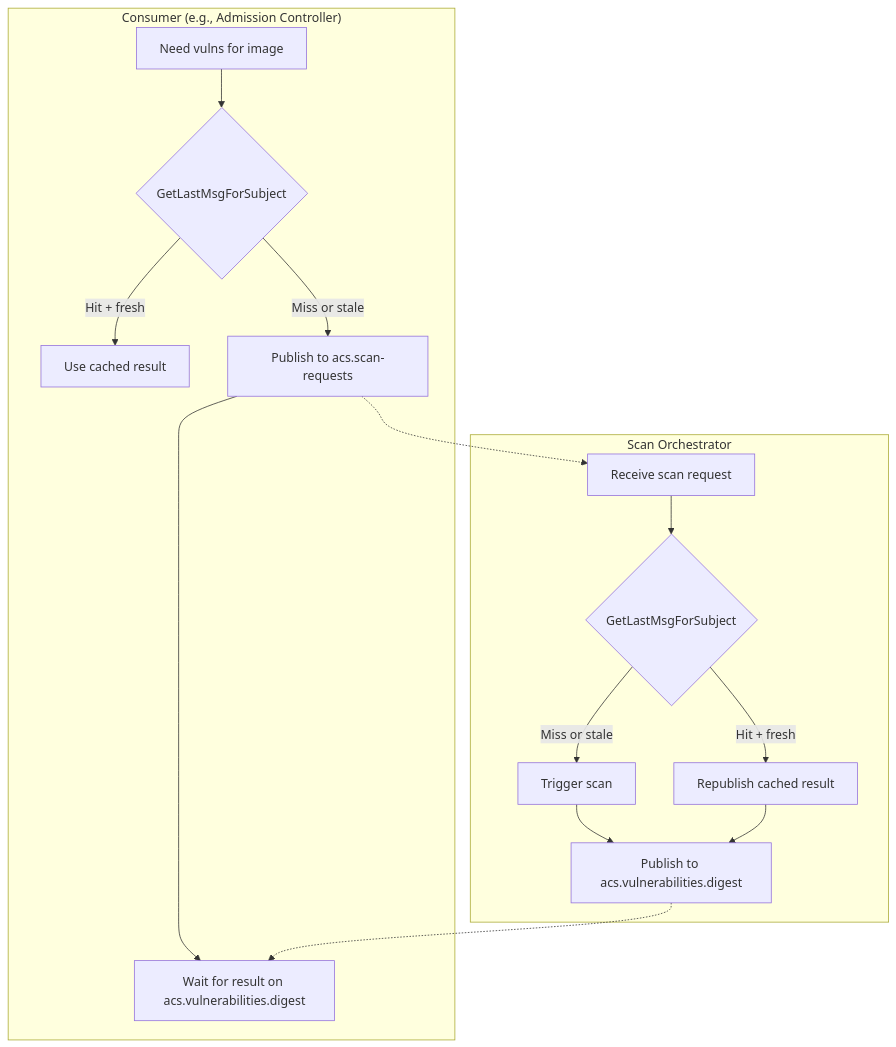
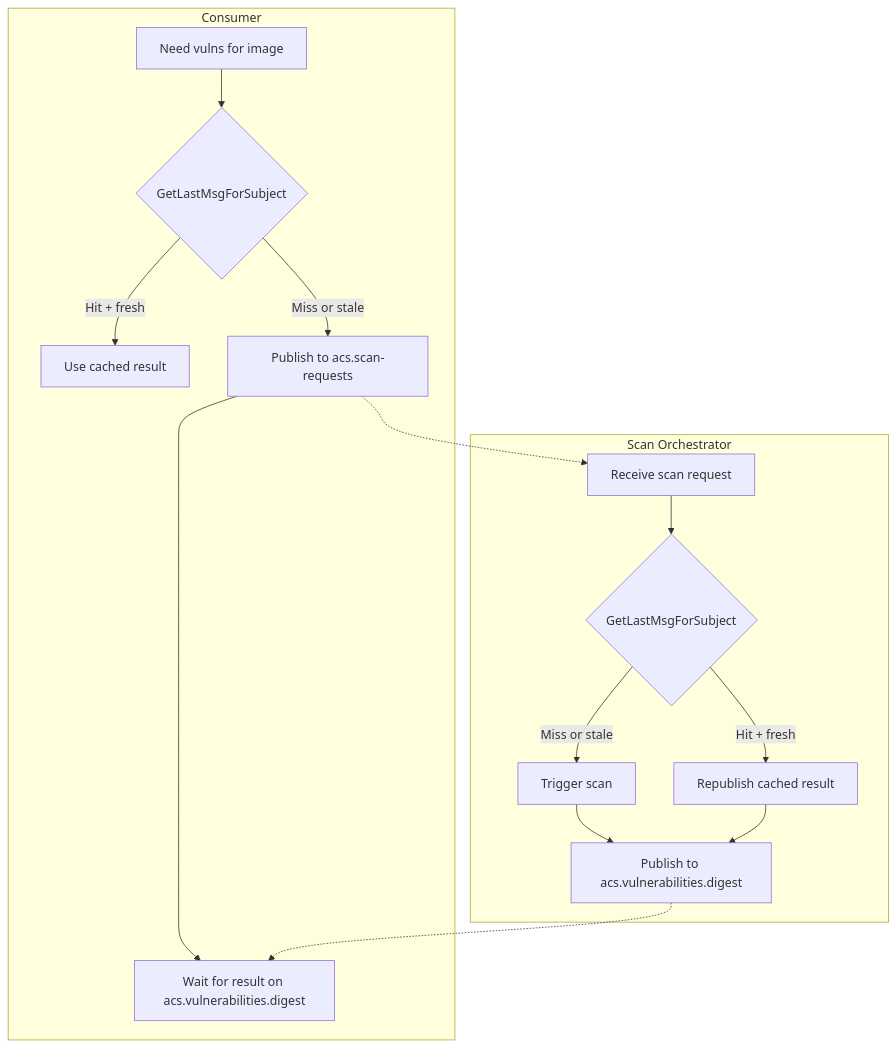
The second of 5 diagrams in docs/architecture/components/scanner.md (kylape/acs-next), drawn with Mermaid before and after one commit.

Commit message:
Shorten subgraph label to avoid cutoff

````diff
--- a/docs/architecture/components/scanner.md
+++ b/docs/architecture/components/scanner.md
@@ -91,20 +91,20 @@
 ```mermaid
 flowchart TD
-    subgraph Consumer ["Consumer (e.g., Admission Controller)"]
+    subgraph Consumer ["Consumer"]
         A[Need vulns for image] --> B{GetLastMsgForSubject}
         B -->|Hit + fresh| C[Use cached result]
         B -->|Miss or stale| D[Publish to acs.scan-requests]
         D --> E[Wait for result on acs.vulnerabilities.digest]
     end
 
     subgraph Orchestrator ["Scan Orchestrator"]
         F[Receive scan request] --> G{GetLastMsgForSubject}
         G -->|Hit + fresh| H[Republish cached result]
         G -->|Miss or stale| I[Trigger scan]
         I --> J[Publish to acs.vulnerabilities.digest]
         H --> J
     end
 
     D -.-> F
     J -.-> E
 ```
````
